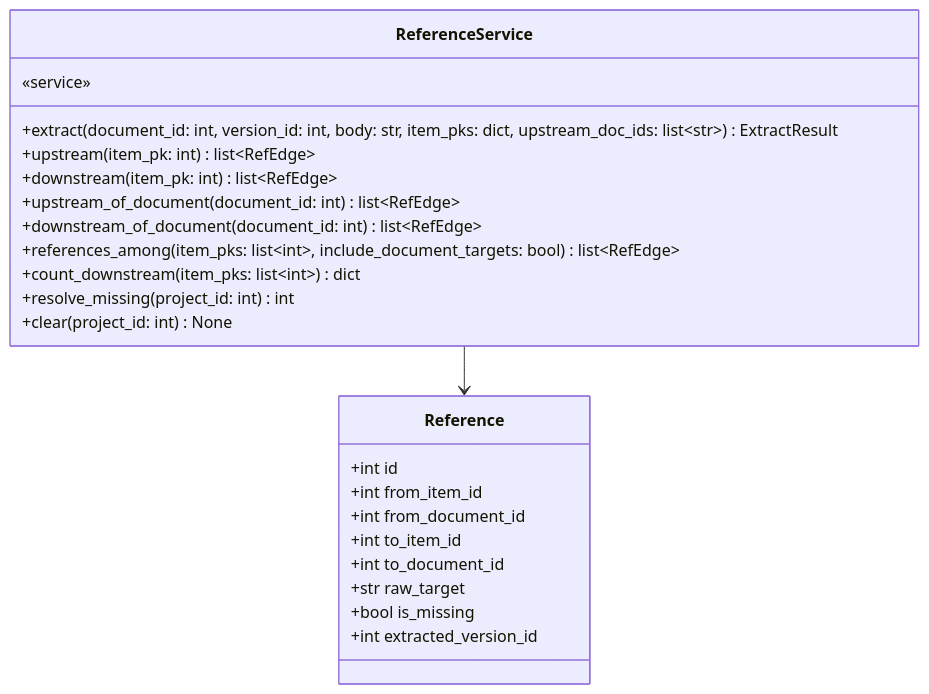
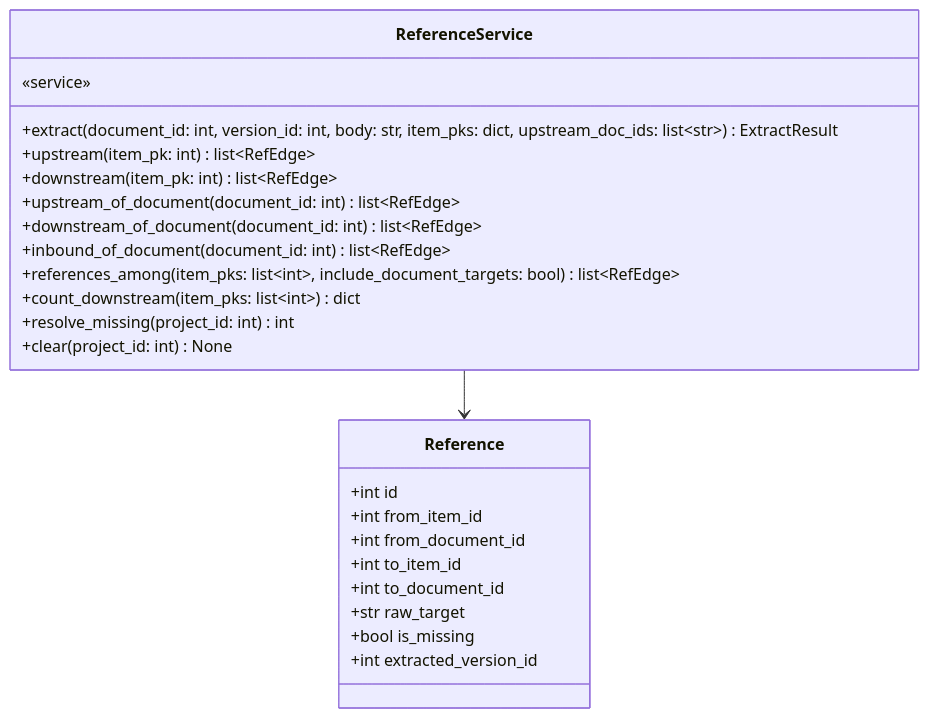
Diagram 18 of 21 in docs/specs/06-DOM/SYNC-DOM-002.md (HoyoungParkme/syncdoc), drawn with Mermaid before and after one commit. The commit also changed other lines of this file and 38 other files, not shown here.

````diff
--- a/docs/specs/06-DOM/SYNC-DOM-002.md
+++ b/docs/specs/06-DOM/SYNC-DOM-002.md
@@ -731,26 +733,27 @@
 ```mermaid
 classDiagram
     class ReferenceService {
         «service»
         +extract(document_id: int, version_id: int, body: str, item_pks: dict, upstream_doc_ids: list~str~) ExtractResult
         +upstream(item_pk: int) list~RefEdge~
         +downstream(item_pk: int) list~RefEdge~
         +upstream_of_document(document_id: int) list~RefEdge~
         +downstream_of_document(document_id: int) list~RefEdge~
+        +inbound_of_document(document_id: int) list~RefEdge~
         +references_among(item_pks: list~int~, include_document_targets: bool) list~RefEdge~
         +count_downstream(item_pks: list~int~) dict
         +resolve_missing(project_id: int) int
         +clear(project_id: int) None
     }
     class Reference {
         +int id
         +int from_item_id
         +int from_document_id
         +int to_item_id
         +int to_document_id
         +str raw_target
         +bool is_missing
         +int extracted_version_id
     }
     ReferenceService --> Reference
 ```
````
